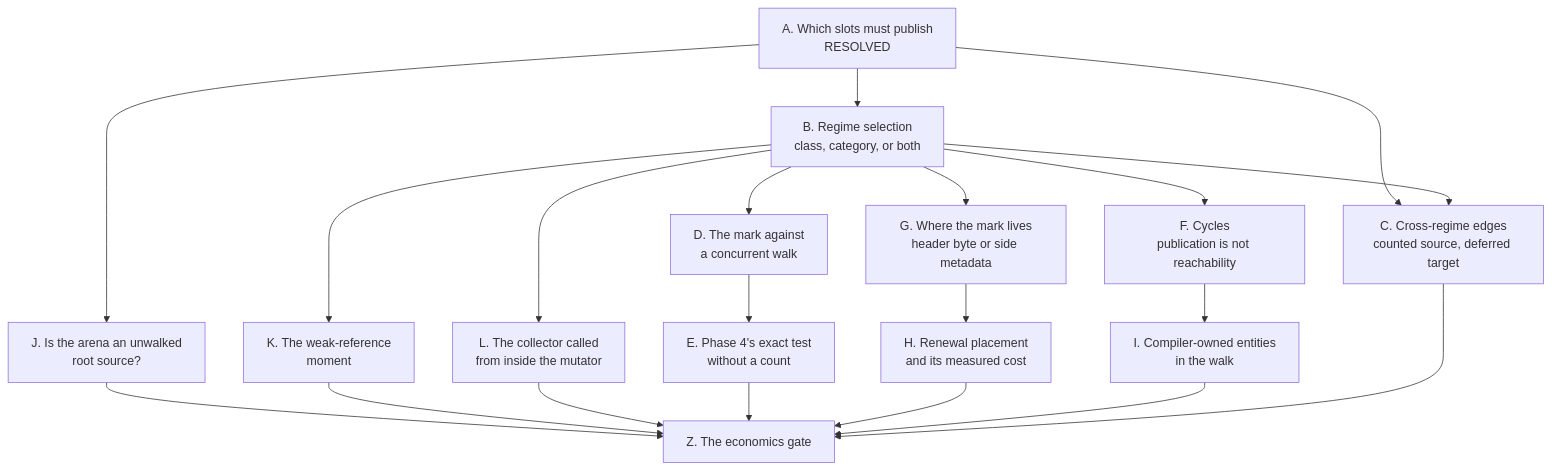
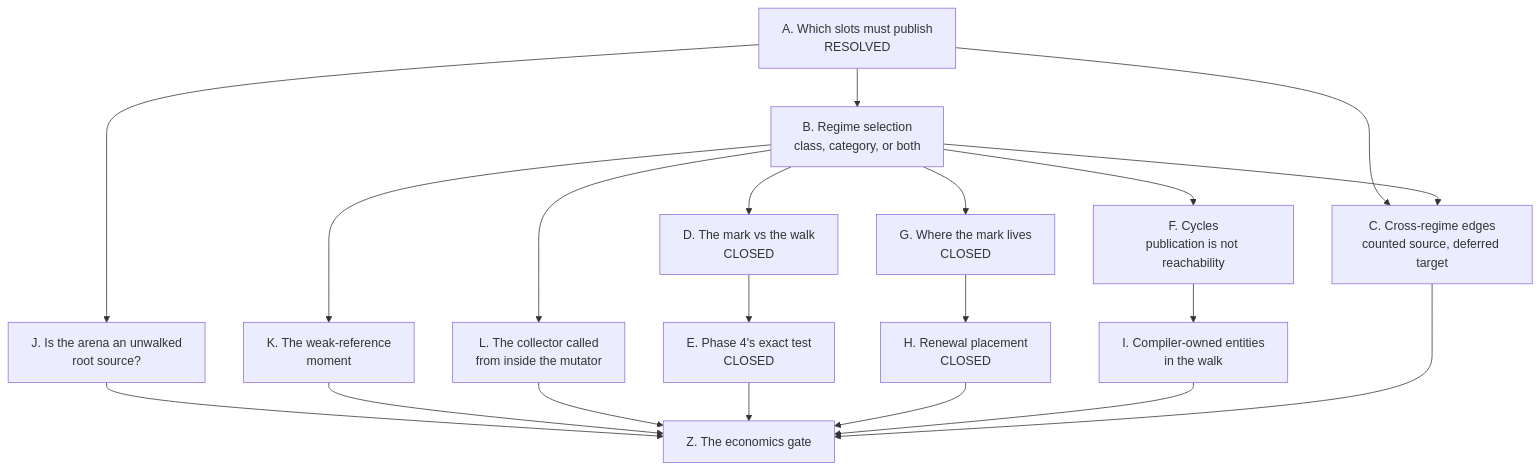
Before and after one commit to limelight-lang/rfc: the diagram in model/gc/gc-horizon-v2/questions.md, drawn with Mermaid. The commit also changed other lines of this file and 1 other file, not shown here.

Commit message:
gc: the horizon is paid with a capture count, and the mark is dropped

````diff
--- a/model/gc/gc-horizon-v2/questions.md
+++ b/model/gc/gc-horizon-v2/questions.md
@@ -9,36 +9,36 @@
 ```mermaid
 graph TD
     A["A. Which slots must publish<br/>RESOLVED"]
     B["B. Regime selection<br/>class, category, or both"]
     C["C. Cross-regime edges<br/>counted source, deferred target"]
-    D["D. The mark against<br/>a concurrent walk"]
-    E["E. Phase 4's exact test<br/>without a count"]
+    D["D. The mark vs the walk<br/>CLOSED"]
+    E["E. Phase 4's exact test<br/>CLOSED"]
     F["F. Cycles<br/>publication is not reachability"]
-    G["G. Where the mark lives<br/>header byte or side metadata"]
-    H["H. Renewal placement<br/>and its measured cost"]
+    G["G. Where the mark lives<br/>CLOSED"]
+    H["H. Renewal placement<br/>CLOSED"]
     I["I. Compiler-owned entities<br/>in the walk"]
     J["J. Is the arena an unwalked<br/>root source?"]
     K["K. The weak-reference<br/>moment"]
     L["L. The collector called<br/>from inside the mutator"]
     Z["Z. The economics gate"]
 
     A --> B
     A --> C
     B --> C
     B --> D
     B --> F
     B --> G
     D --> E
     F --> I
     G --> H
     A --> J
     J --> Z
     B --> K
     K --> Z
     B --> L
     L --> Z
     E --> Z
     H --> Z
     I --> Z
     C --> Z
 ```
````
